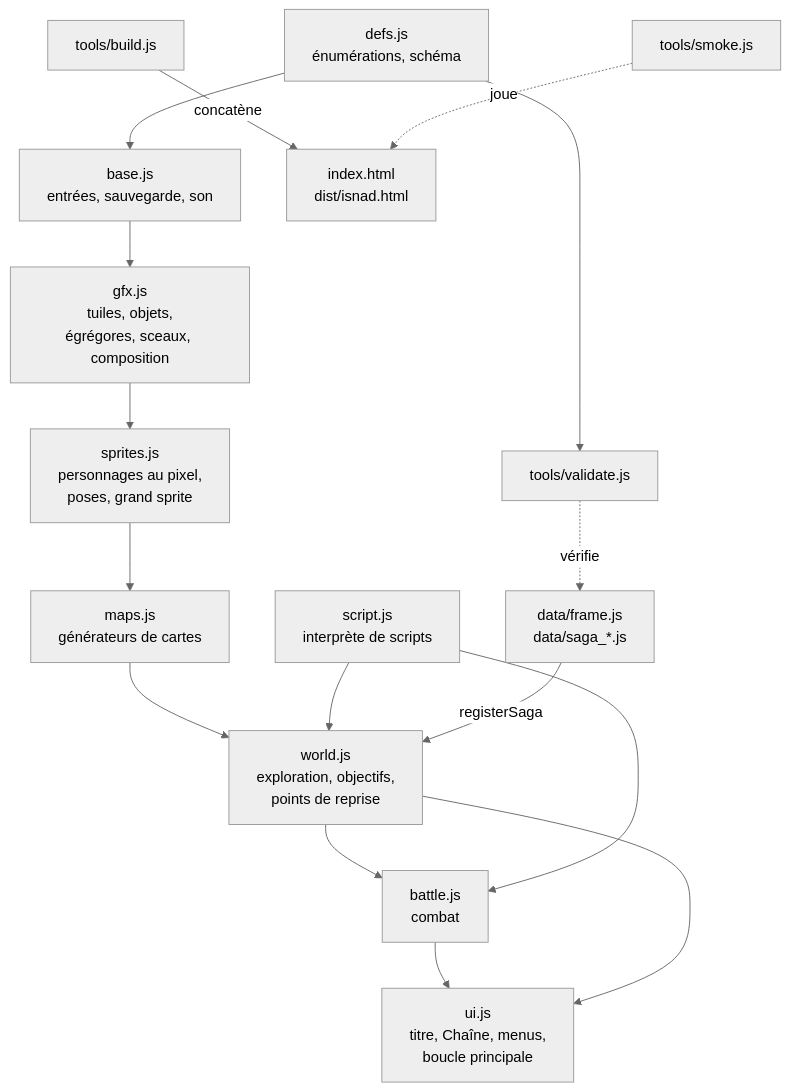
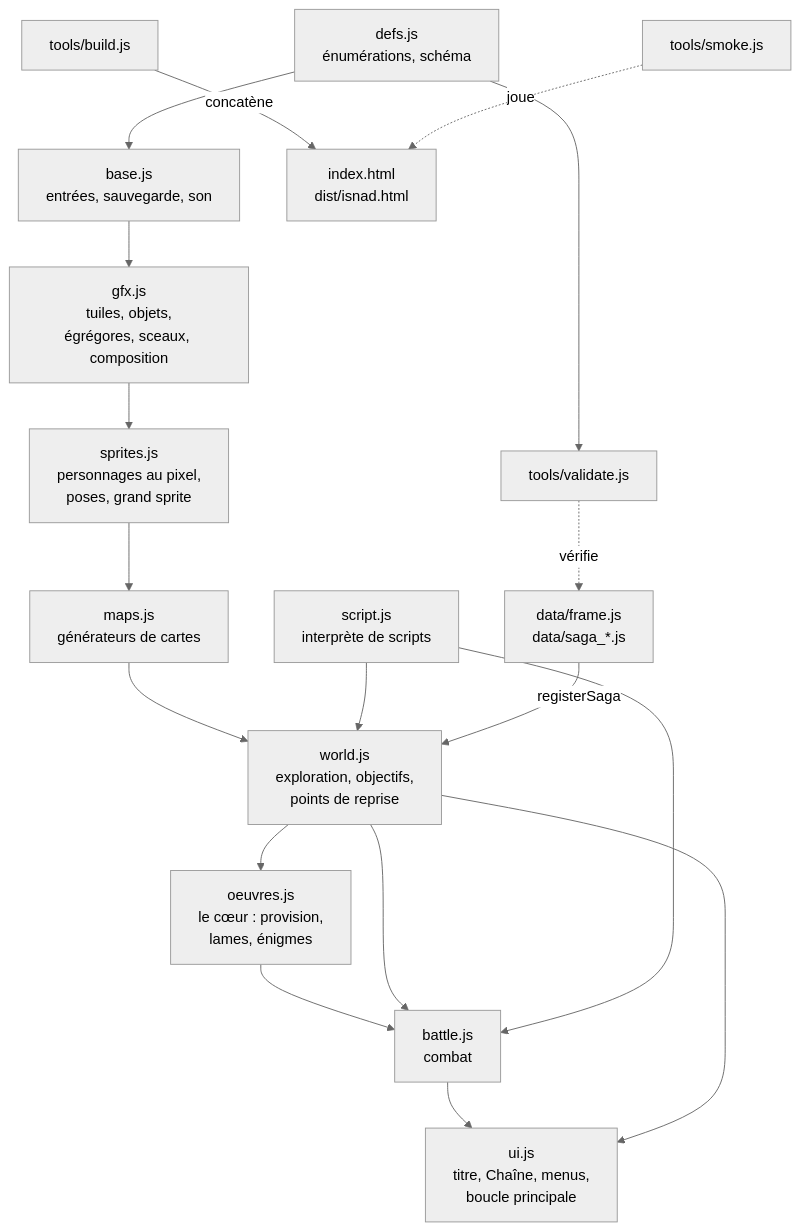
The diagram in docs/architecture.md (abdelhfid-tech/claudecode), drawn with Mermaid (neutral theme) before and after one commit. The commit also changed other lines of this file and 27 other files, not shown here.

First line of the commit message:
Le cœur : œuvres et provision, sept lames, sept maux du cœur, idées noires, énigmes, compagnons de lumière

````diff
--- a/docs/architecture.md
+++ b/docs/architecture.md
@@ -21,18 +21,20 @@
 ```mermaid
 flowchart TD
   defs[defs.js<br>énumérations, schéma] --> base[base.js<br>entrées, sauvegarde, son]
   defs --> validate[tools/validate.js]
   base --> gfx[gfx.js<br>tuiles, objets,<br>égrégores, sceaux, composition]
   gfx --> sprites[sprites.js<br>personnages au pixel,<br>poses, grand sprite]
   sprites --> maps[maps.js<br>générateurs de cartes]
   maps --> world[world.js<br>exploration, objectifs,<br>points de reprise]
   script[script.js<br>interprète de scripts] --> world
-  world --> battle[battle.js<br>combat]
+  world --> oeuvres[oeuvres.js<br>le cœur : provision,<br>lames, énigmes]
+  oeuvres --> battle[battle.js<br>combat]
+  world --> battle
   script --> battle
   battle --> ui[ui.js<br>titre, Chaîne, menus,<br>boucle principale]
   world --> ui
   data[data/frame.js<br>data/saga_*.js] -->|registerSaga| world
   validate -.vérifie.-> data
   build[tools/build.js] -->|concatène| out[index.html<br>dist/isnad.html]
   smoke[tools/smoke.js] -.joue.-> out
 ```
````
